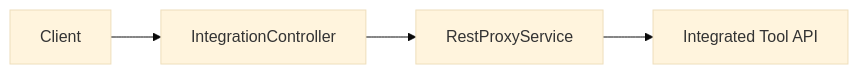
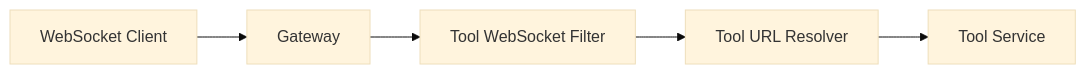
One commit to flamingo-stack/openframe-oss-lib changed the fifth of 6 diagrams in docs/reference/architecture/gateway-service-core/gateway-service-core.md. Above: the diagram before and after it, drawn with Mermaid (base theme). The commit also changed other lines of this file and 212 other files, not shown here.

````diff
--- a/docs/reference/architecture/gateway-service-core/gateway-service-core.md
+++ b/docs/reference/architecture/gateway-service-core/gateway-service-core.md
@@ -159,6 +185,7 @@
 ```mermaid
 flowchart LR
-    Client["Client"] --> Gateway["IntegrationController"]
-    Gateway --> RestProxy["RestProxyService"]
-    RestProxy --> Tool["Integrated Tool API"]
+    WSClient["WebSocket Client"] --> Gateway["Gateway"]
+    Gateway --> Filter["Tool WebSocket Filter"]
+    Filter --> ToolUrl["Tool URL Resolver"]
+    ToolUrl --> ToolInstance["Tool Service"]
 ```
````
